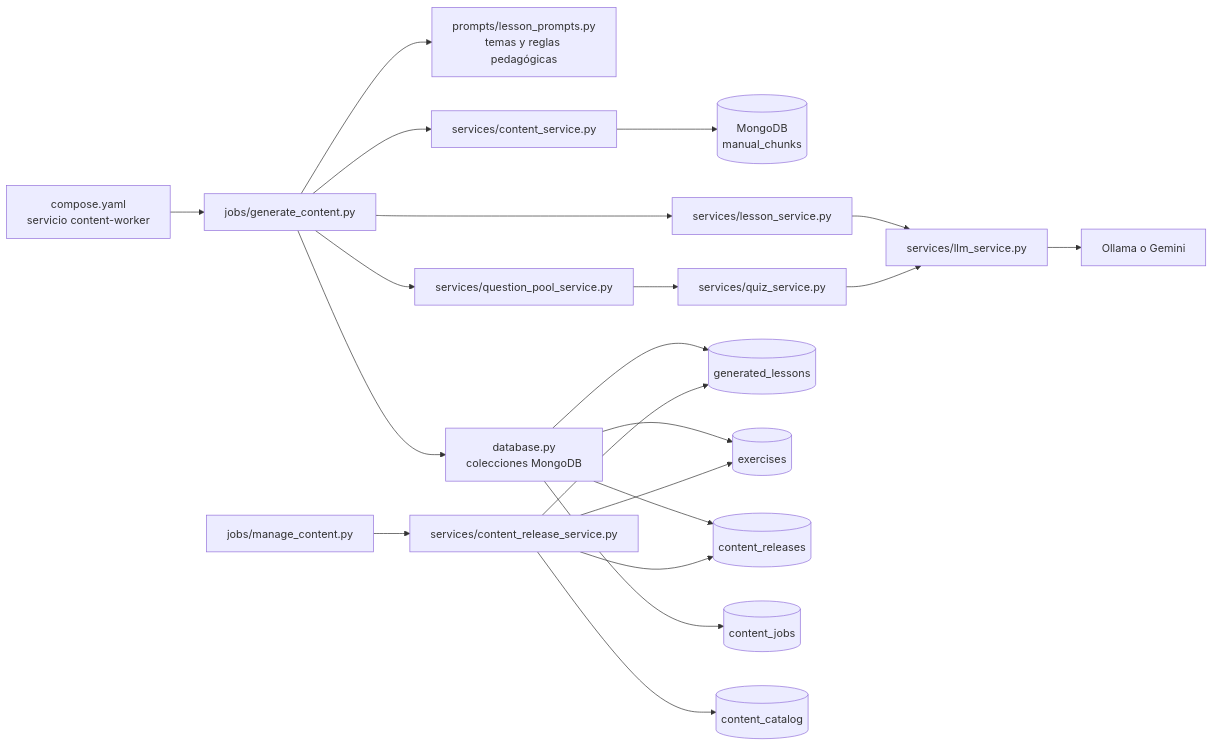
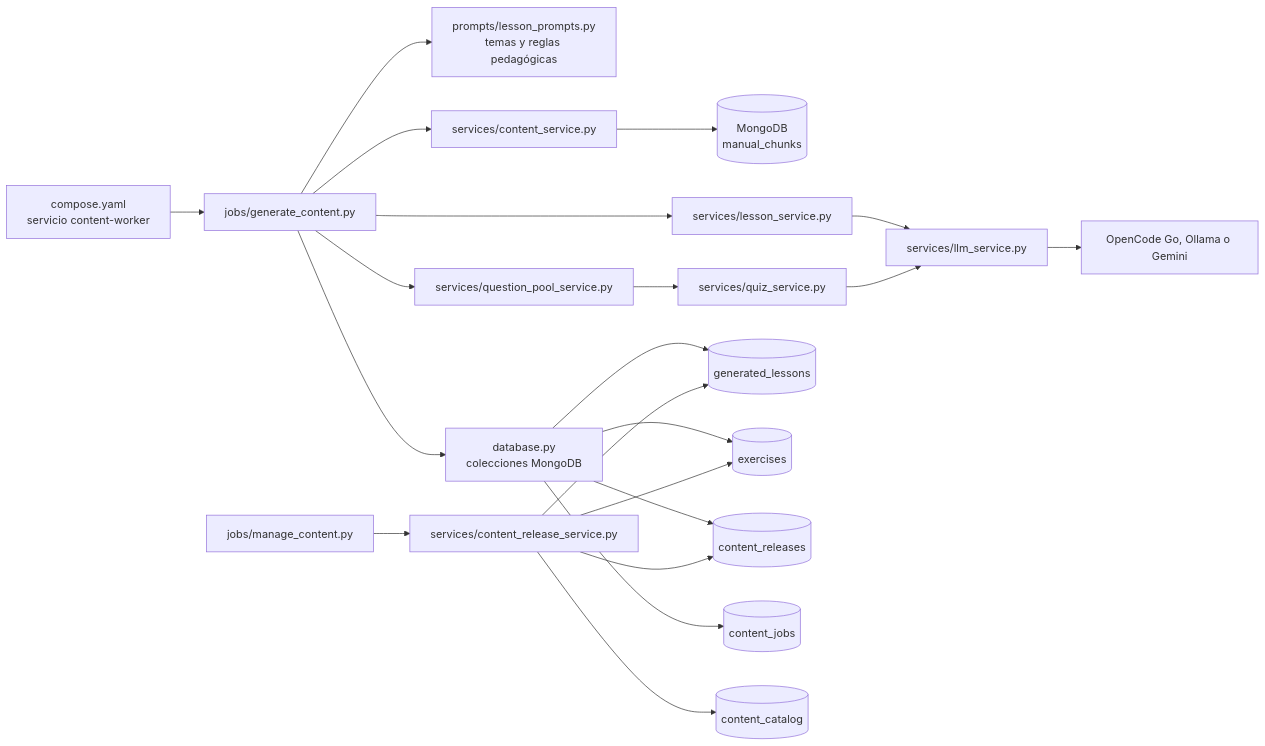
The first of 2 diagrams in docs/09-worker-contenido.md (Lemur-Driver/LemurCopilot), drawn with Mermaid before and after one commit. The commit also changed other lines of this file and 16 other files, not shown here.

````diff
--- a/docs/09-worker-contenido.md
+++ b/docs/09-worker-contenido.md
@@ -21,23 +21,23 @@
 ```mermaid
 flowchart LR
     Compose["compose.yaml<br/>servicio content-worker"] --> Job["jobs/generate_content.py"]
     Job --> Config["prompts/lesson_prompts.py<br/>temas y reglas pedagógicas"]
     Job --> Content["services/content_service.py"]
     Content --> Chunks[("MongoDB<br/>manual_chunks")]
     Job --> Lesson["services/lesson_service.py"]
     Job --> Pool["services/question_pool_service.py"]
     Pool --> Quiz["services/quiz_service.py"]
     Lesson --> LLM["services/llm_service.py"]
     Quiz --> LLM
-    LLM --> Provider["Ollama o Gemini"]
+    LLM --> Provider["OpenCode Go, Ollama o Gemini"]
     Job --> DB["database.py<br/>colecciones MongoDB"]
     DB --> Lessons[("generated_lessons")]
     DB --> Exercises[("exercises")]
     DB --> Releases[("content_releases")]
     DB --> Jobs[("content_jobs")]
     Manage["jobs/manage_content.py"] --> ReleaseService["services/content_release_service.py"]
     ReleaseService --> Releases
     ReleaseService --> Lessons
     ReleaseService --> Exercises
     ReleaseService --> Catalog[("content_catalog")]
 ```
````
